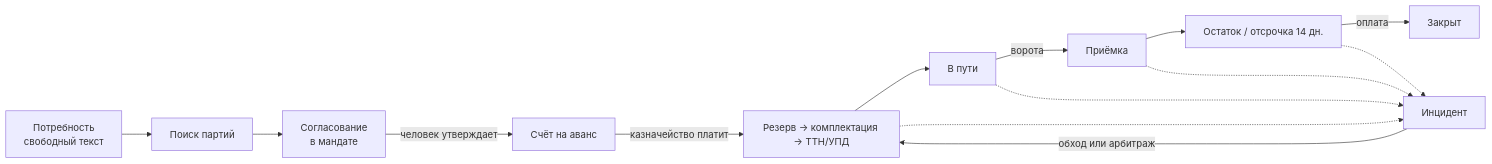
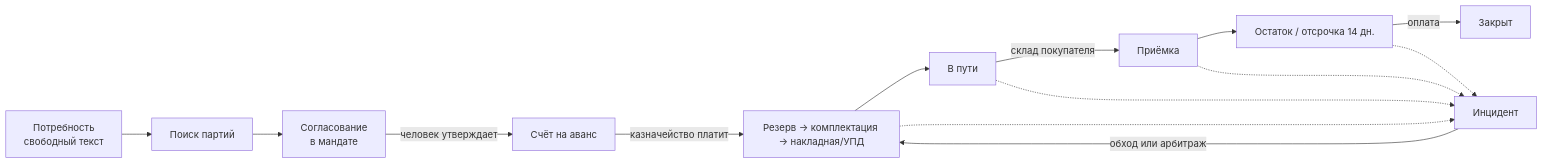
Before and after one commit to kobyzev-yuri/ai_mkt: the first of 4 diagrams in docs/BUSINESS.md, drawn with Mermaid. The commit also changed other lines of this file and 38 other files, not shown here.

````diff
--- a/docs/BUSINESS.md
+++ b/docs/BUSINESS.md
@@ -25,16 +25,16 @@
 ```mermaid
 flowchart LR
   A[Потребность<br/>свободный текст] --> B[Поиск партий]
   B --> C[Согласование<br/>в мандате]
   C -->|человек утверждает| D[Счёт на аванс]
-  D -->|казначейство платит| E[Резерв → комплектация → ТТН/УПД]
+  D -->|казначейство платит| E[Резерв → комплектация → накладная/УПД]
   E --> F[В пути]
-  F -->|ворота| G[Приёмка]
+  F -->|склад покупателя| G[Приёмка]
   G --> H[Остаток / отсрочка 14 дн.]
   H -->|оплата| I[Закрыт]
   E -.-> J[Инцидент]
   F -.-> J
   G -.-> J
   H -.-> J
   J -->|обход или арбитраж| E
 ```
````
